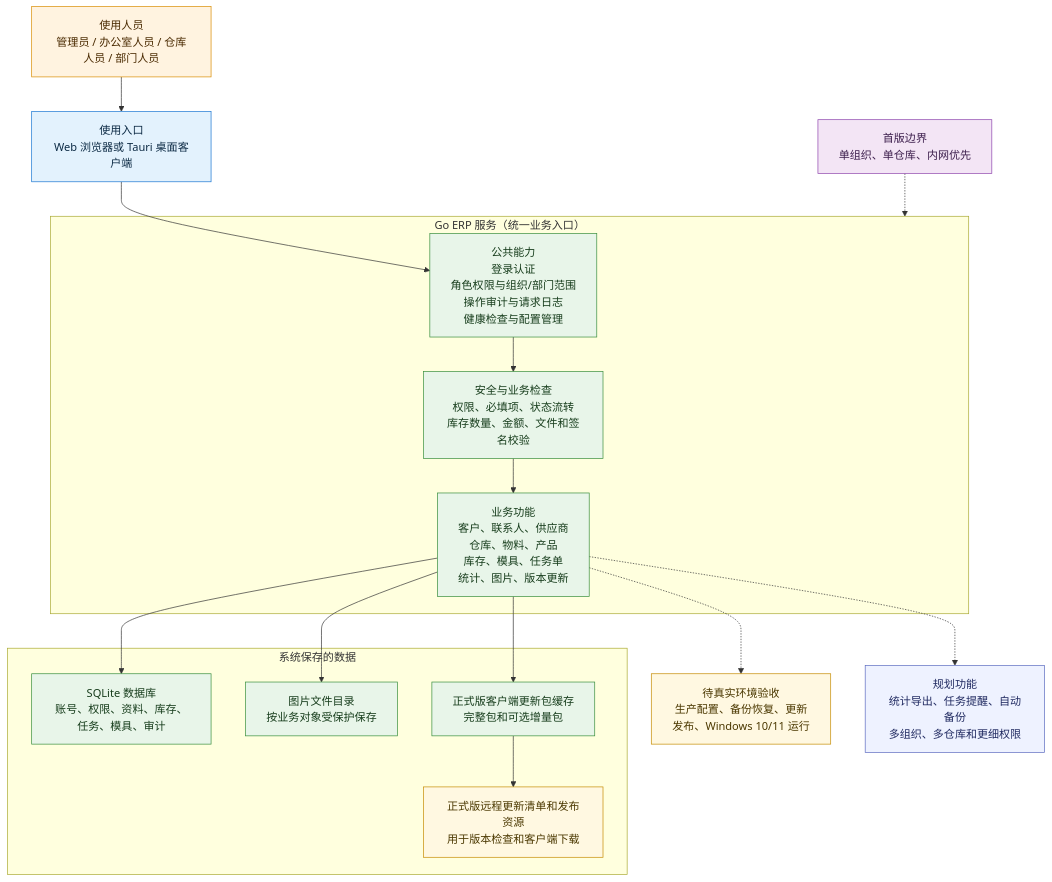
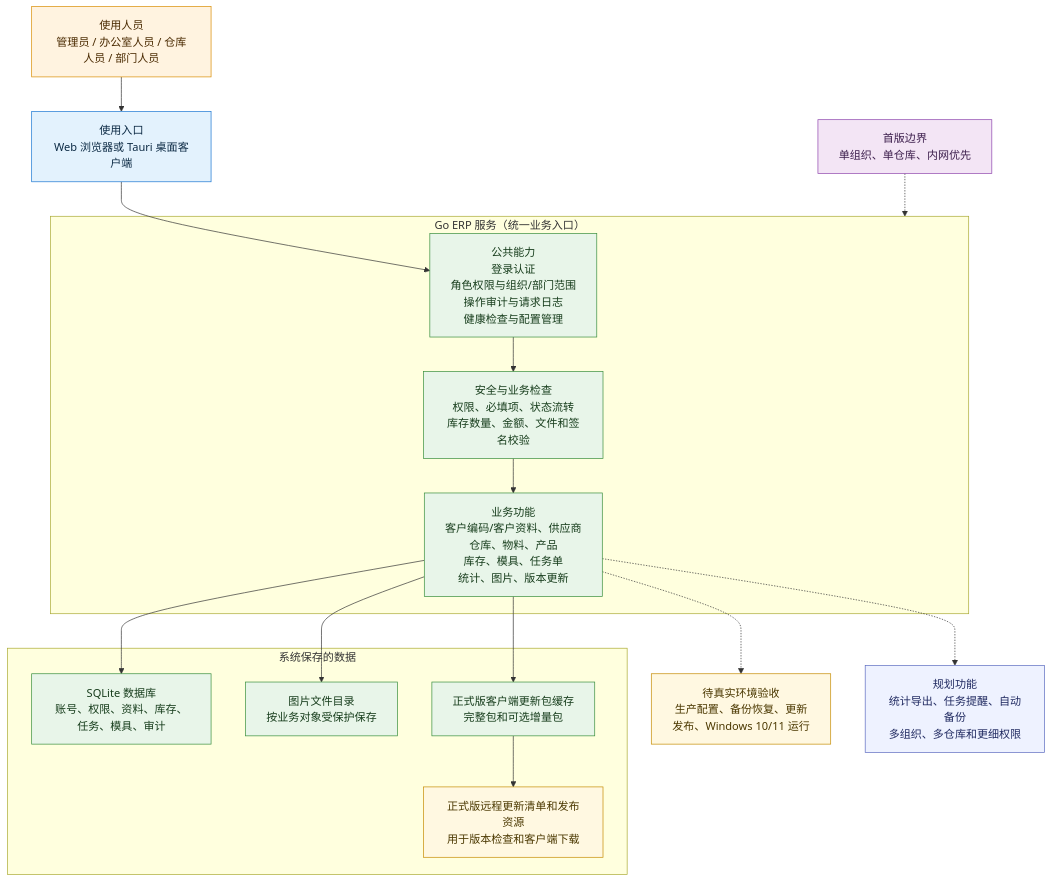
One commit to SilenceJR/bb_erp_echo changed the first of 7 diagrams in docs/BACKEND_ARCHITECTURE.md. Above: the diagram before and after it, drawn with Mermaid. The commit also changed other lines of this file and 55 other files, not shown here.

```diff
--- a/docs/BACKEND_ARCHITECTURE.md
+++ b/docs/BACKEND_ARCHITECTURE.md
@@ -19,42 +19,42 @@
 ~~~mermaid
 flowchart TB
     users["使用人员<br/>管理员 / 办公室人员 / 仓库人员 / 部门人员"]:::user
     clients["使用入口<br/>Web 浏览器或 Tauri 桌面客户端"]:::entry
 
     subgraph service["Go ERP 服务（统一业务入口）"]
         common["公共能力<br/>登录认证<br/>角色权限与组织/部门范围<br/>操作审计与请求日志<br/>健康检查与配置管理"]:::done
-        domains["业务功能<br/>客户、联系人、供应商<br/>仓库、物料、产品<br/>库存、模具、任务单<br/>统计、图片、版本更新"]:::done
+        domains["业务功能<br/>客户编码/客户资料、供应商<br/>仓库、物料、产品<br/>库存、模具、任务单<br/>统计、图片、版本更新"]:::done
         validation["安全与业务检查<br/>权限、必填项、状态流转<br/>库存数量、金额、文件和签名校验"]:::done
     end
 
     subgraph storage["系统保存的数据"]
         db["SQLite 数据库<br/>账号、权限、资料、库存、任务、模具、审计"]:::done
         files["图片文件目录<br/>按业务对象受保护保存"]:::done
         cache["正式版客户端更新包缓存<br/>完整包和可选增量包"]:::done
         remote["正式版远程更新清单和发布资源<br/>用于版本检查和客户端下载"]:::pending
     end
 
     users --> clients
     clients --> common
     common --> validation
     validation --> domains
     domains --> db
     domains --> files
     domains --> cache
     cache --> remote
 
     acceptance["待真实环境验收<br/>生产配置、备份恢复、更新发布、Windows 10/11 运行"]:::pending
     planned["规划功能<br/>统计导出、任务提醒、自动备份<br/>多组织、多仓库和更细权限"]:::planned
     domains -.-> acceptance
     domains -.-> planned
 
     boundary["首版边界<br/>单组织、单仓库、内网优先"]:::boundary
     boundary -.-> service
 
     classDef user fill:#fff3e0,stroke:#d98c00,color:#4a2a00
     classDef entry fill:#e3f2fd,stroke:#1976d2,color:#0d2b45
     classDef done fill:#e8f5e9,stroke:#388e3c,color:#173d1c
     classDef pending fill:#fff8e1,stroke:#c58b00,color:#4b3800
     classDef planned fill:#eef2ff,stroke:#5c6bc0,color:#202a61
     classDef boundary fill:#f3e5f5,stroke:#8e44ad,color:#3d1f4d
 ~~~
```
